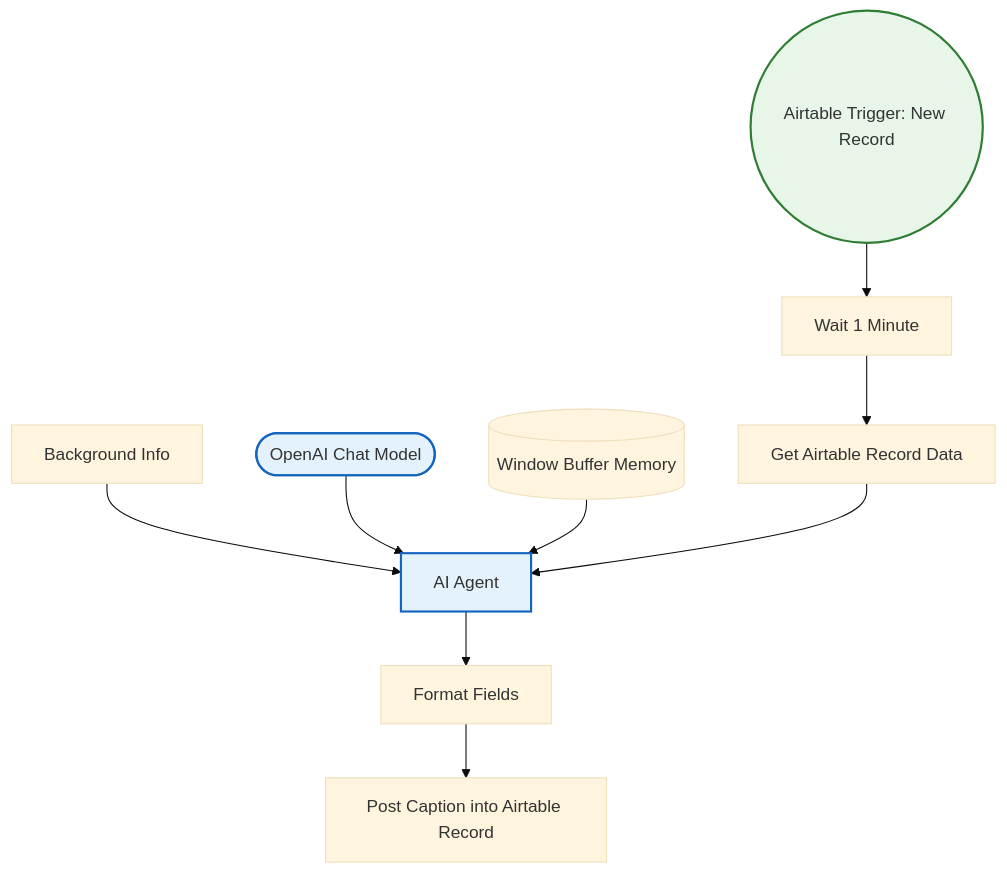
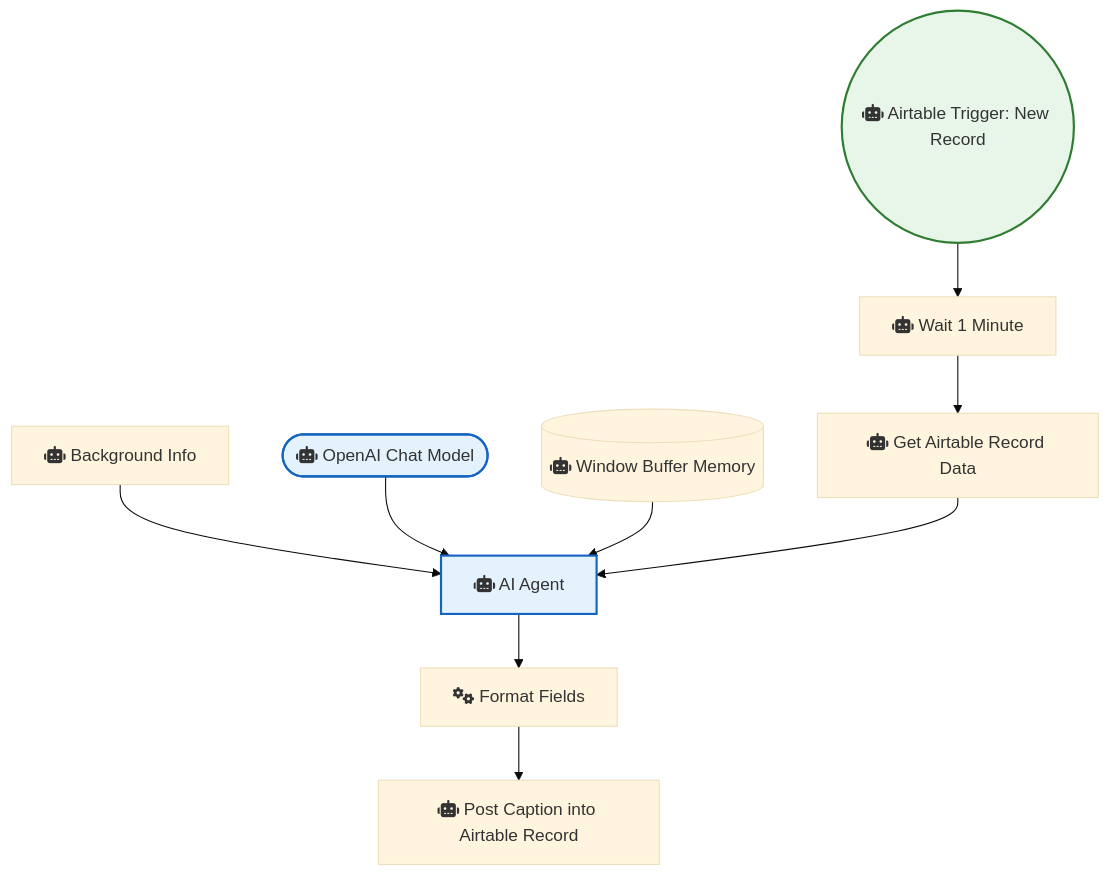
One commit to sreyash3105/N8N-DEMO-AUTOMATIONS changed the diagram in OpenAI_and_LLMs/Ai Social Media Caption Creator.md. Above: the diagram before and after it, drawn with Mermaid (base theme). The commit also changed 291 other files, not shown here.

````diff
--- a/OpenAI_and_LLMs/Ai Social Media Caption Creator.md
+++ b/OpenAI_and_LLMs/Ai Social Media Caption Creator.md
@@ -1,25 +1,25 @@
 ```mermaid
 graph TD
     classDef trigger fill:#e8f5e9,stroke:#2e7d32,stroke-width:2px;
     classDef ai fill:#e3f2fd,stroke:#1565c0,stroke-width:2px;
     classDef logic fill:#fff3e0,stroke:#ef6c00,stroke-width:2px;
 
-    AI_Agent["AI Agent"]:::ai
-    OpenAI_Chat_Model(["OpenAI Chat Model"]):::ai
-    Window_Buffer_Memory[("Window Buffer Memory")]
-    Get_Airtable_Record_Data["Get Airtable Record Data"]
-    Wait_1_Minute["Wait 1 Minute"]
-    Format_Fields["Format Fields"]
-    Post_Caption_into_Airtable_Record["Post Caption into Airtable Record"]
-    Airtable_Trigger__New_Record(("Airtable Trigger: New Record")):::trigger
-    Background_Info["Background Info"]
+    AI_Agent["fas:fa-robot AI Agent"]:::ai
+    OpenAI_Chat_Model(["fas:fa-robot OpenAI Chat Model"]):::ai
+    Window_Buffer_Memory[("fas:fa-robot Window Buffer Memory")]
+    Get_Airtable_Record_Data["fas:fa-robot Get Airtable Record Data"]
+    Wait_1_Minute["fas:fa-robot Wait 1 Minute"]
+    Format_Fields["fas:fa-cogs Format Fields"]
+    Post_Caption_into_Airtable_Record["fas:fa-robot Post Caption into Airtable Record"]
+    Airtable_Trigger__New_Record(("fas:fa-robot Airtable Trigger: New Record")):::trigger
+    Background_Info["fas:fa-robot Background Info"]
 
     AI_Agent --> Format_Fields
     Format_Fields --> Post_Caption_into_Airtable_Record
     Wait_1_Minute --> Get_Airtable_Record_Data
     Background_Info --> AI_Agent
     OpenAI_Chat_Model --> AI_Agent
     Window_Buffer_Memory --> AI_Agent
     Get_Airtable_Record_Data --> AI_Agent
     Airtable_Trigger__New_Record --> Wait_1_Minute
 ```
````
